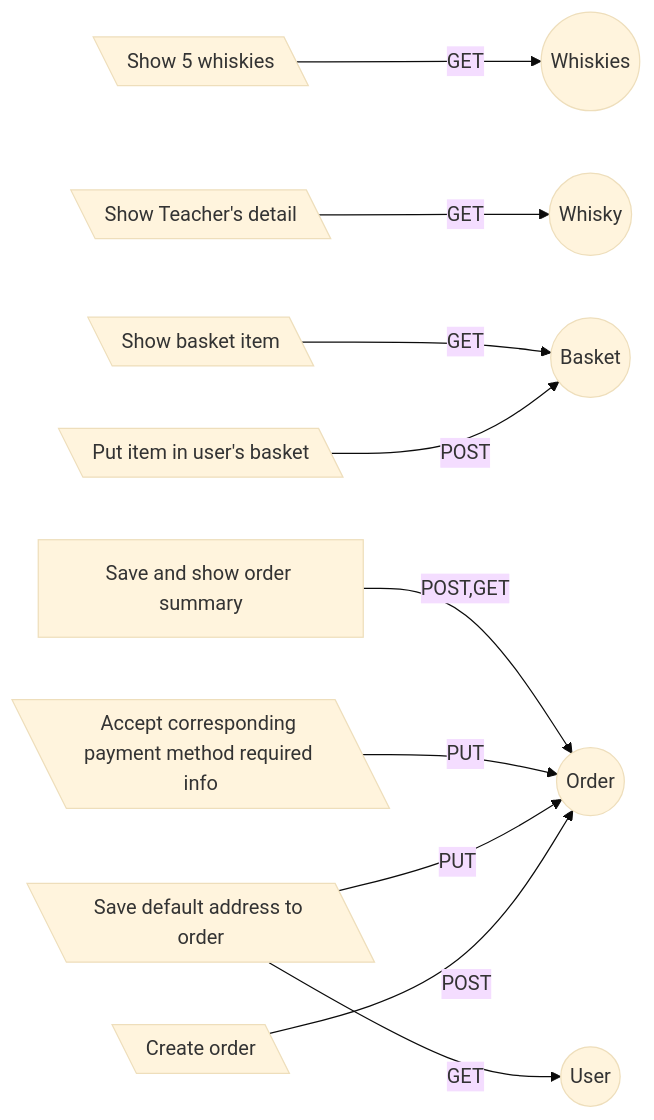
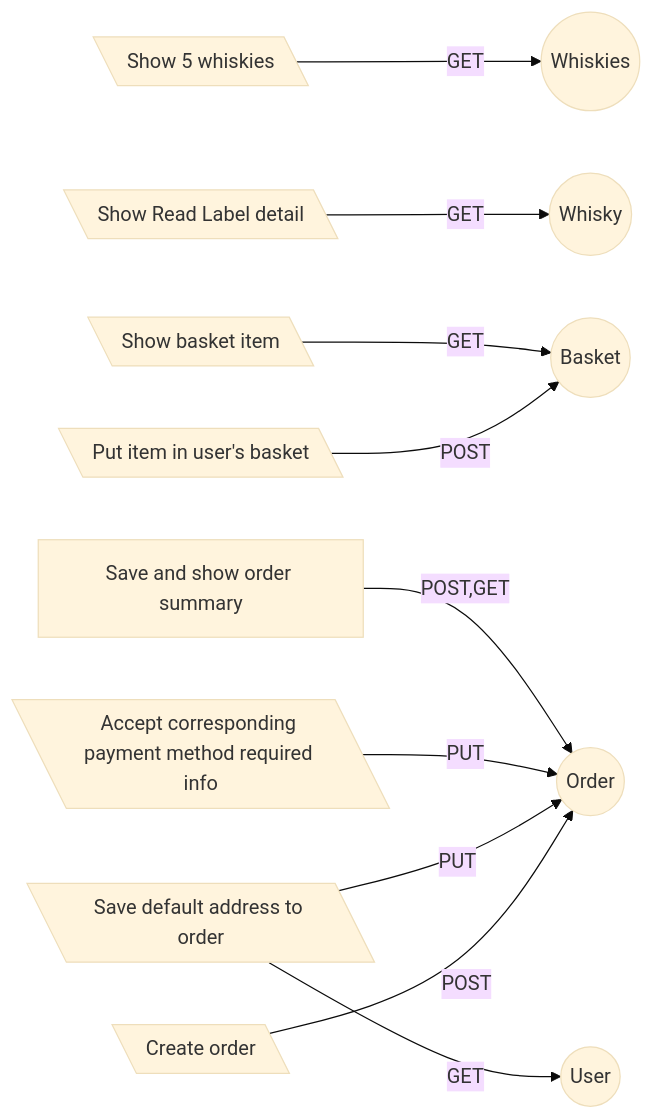
One commit to aniwat0554/assignment-java-boot-camp changed the third of 4 diagrams in READMe.md. Above: the diagram before and after it, drawn with Mermaid (base theme). The commit also changed other lines of this file, not shown here.

````diff
--- a/READMe.md
+++ b/READMe.md
@@ -31,13 +31,13 @@
 ```mermaid
     graph LR
     Catalog[\"Show 5 whiskies"\] --> |GET| Whiskies((Whiskies))
-    Detail[\"Show Teacher's detail"\] -->|GET| Whisky(("Whisky"))
+    Detail[\"Show Read Label detail"\] -->|GET| Whisky(("Whisky"))
     BasketPut[\"Put item in user's basket"\] -->|POST| Basket(("Basket"))
     BasketShow[\Show basket item\] -->|GET| Basket((Basket)) 
     Payment[\"Create order"\] --> |POST| Order(("Order"))
     Shipping[\"Save default address to order"\] -->|GET| User(("User"))
     Shipping[\"Save default address to order"\] -->|PUT| Order(("Order"))
     
     PaymentMethodSelect[\"Accept corresponding payment method required info"\]  -->|PUT| Order(("Order"))
     Confirm["Save and show order summary"] -->|POST,GET| Order(("Order"))
 ```
````
